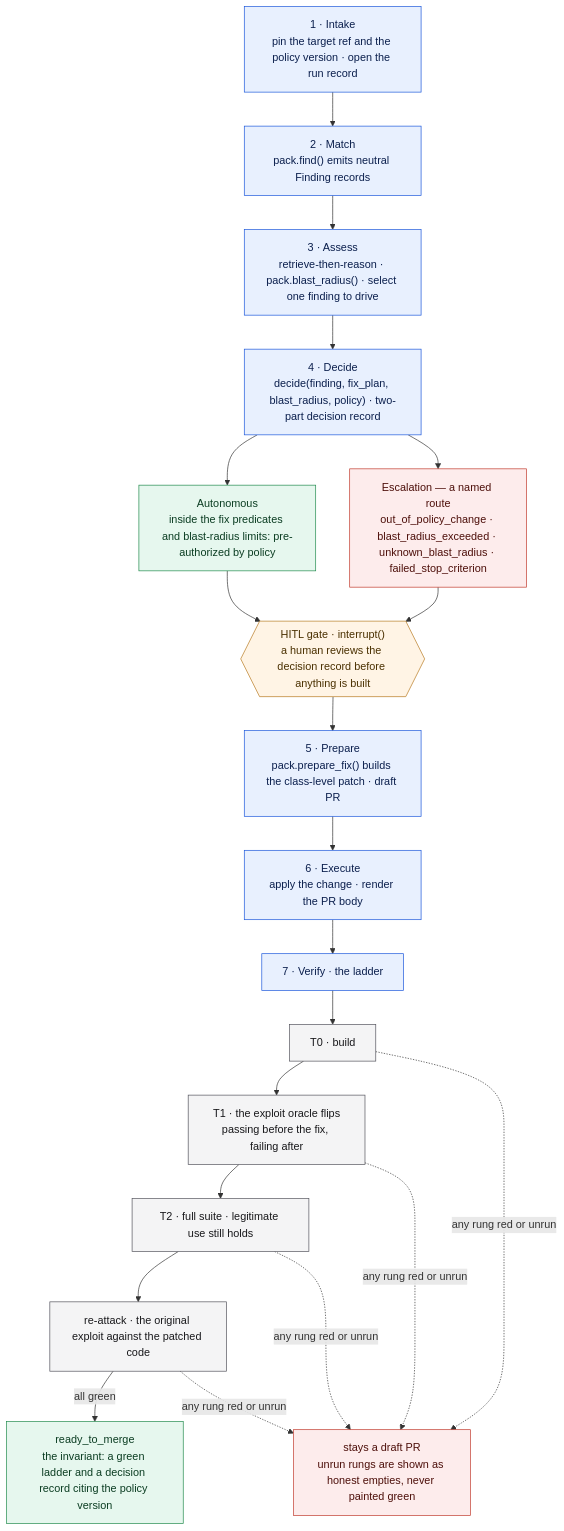
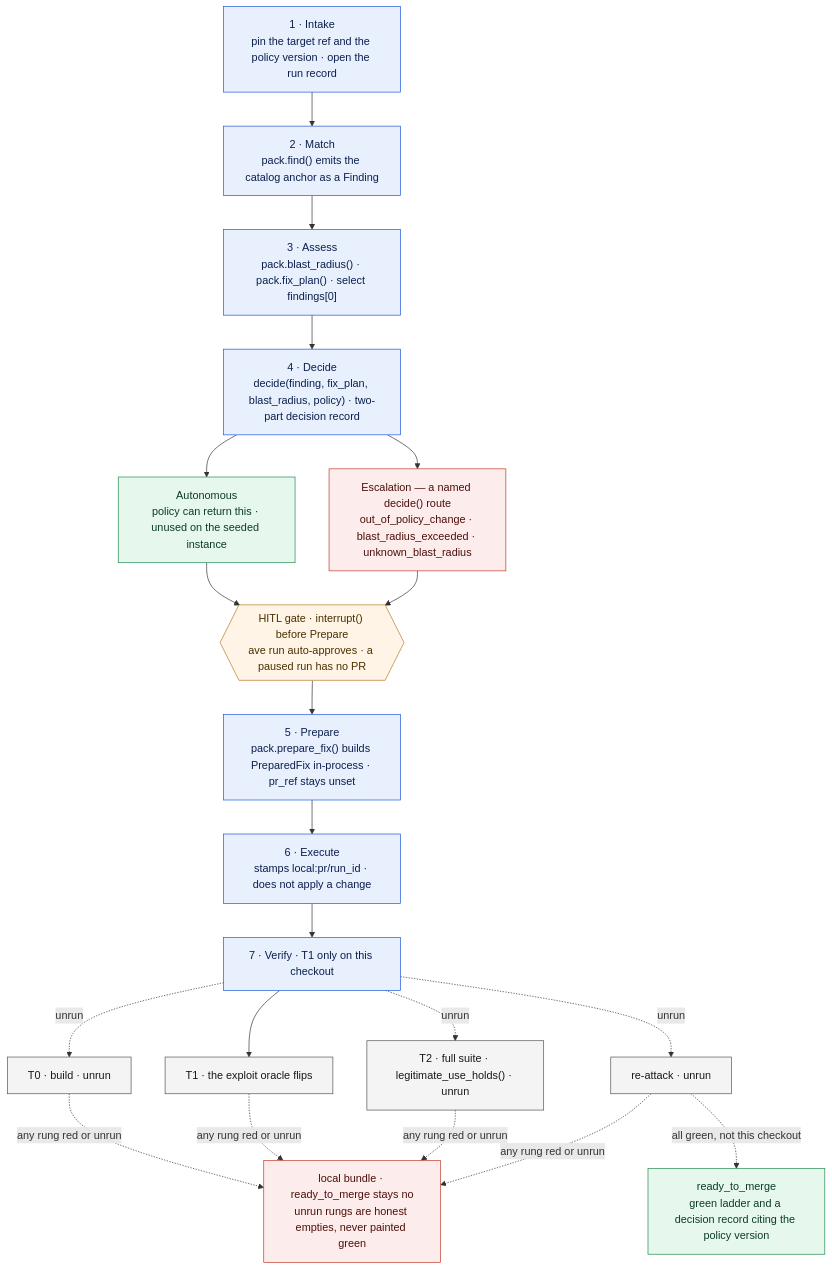
The second of 2 diagrams in README.md (luis-barragan-cybersecurity/agentic-vulnops), drawn with Mermaid before and after one commit. The commit also changed other lines of this file and 1 other file, not shown here.

Commit message:
docs(architecture): match diagrams to this checkout
Solid edges now match ave run, the HITL pytest node, and the generated PR
body. Unwired edges are dashed. The ticket-05 scoreboard, FastAPI drive,
and T0-T2 ladder stay claims, not this commit.

````diff
--- a/README.md
+++ b/README.md
@@ -175,33 +175,36 @@
 ```mermaid
 flowchart TB
   classDef phase fill:#e8f0fe,stroke:#1a56db,color:#0b1f4d
   classDef gate fill:#fff4e5,stroke:#b7791f,color:#4a3000
   classDef ok fill:#e6f7ee,stroke:#1f8a4c,color:#0b3d22
   classDef stop fill:#fdecec,stroke:#c0392b,color:#4d0f0a
   classDef rung fill:#f4f4f5,stroke:#52525b,color:#18181b
 
   IN["1 · Intake<br/>pin the target ref and the policy version · open the run record"]:::phase
-  MA["2 · Match<br/>pack.find() emits neutral Finding records"]:::phase
-  AS["3 · Assess<br/>retrieve-then-reason · pack.blast_radius() · select one finding to drive"]:::phase
+  MA["2 · Match<br/>pack.find() emits the catalog anchor as a Finding"]:::phase
+  AS["3 · Assess<br/>pack.blast_radius() · pack.fix_plan() · select findings[0]"]:::phase
   DE["4 · Decide<br/>decide(finding, fix_plan, blast_radius, policy) · two-part decision record"]:::phase
-  AUTO["Autonomous<br/>inside the fix predicates and blast-radius limits: pre-authorized by policy"]:::ok
-  ESC["Escalation — a named route<br/>out_of_policy_change · blast_radius_exceeded · unknown_blast_radius · failed_stop_criterion"]:::stop
-  GATE{{"HITL gate · interrupt()<br/>a human reviews the decision record before anything is built"}}:::gate
-  PP["5 · Prepare<br/>pack.prepare_fix() builds the class-level patch · draft PR"]:::phase
-  EX["6 · Execute<br/>apply the change · render the PR body"]:::phase
-  VE["7 · Verify · the ladder"]:::phase
-  T0["T0 · build"]:::rung
-  T1["T1 · the exploit oracle flips<br/>passing before the fix, failing after"]:::rung
-  T2["T2 · full suite · legitimate use still holds"]:::rung
-  RA["re-attack · the original exploit against the patched code"]:::rung
-  RTM["ready_to_merge<br/>the invariant: a green ladder and a decision record citing the policy version"]:::ok
-  DRAFT["stays a draft PR<br/>unrun rungs are shown as honest empties, never painted green"]:::stop
+  AUTO["Autonomous<br/>policy can return this · unused on the seeded instance"]:::ok
+  ESC["Escalation — a named decide() route<br/>out_of_policy_change · blast_radius_exceeded · unknown_blast_radius"]:::stop
+  GATE{{"HITL gate · interrupt() before Prepare<br/>ave run auto-approves · a paused run has no PR"}}:::gate
+  PP["5 · Prepare<br/>pack.prepare_fix() builds PreparedFix in-process · pr_ref stays unset"]:::phase
+  EX["6 · Execute<br/>stamps local:pr/run_id · does not apply a change"]:::phase
+  VE["7 · Verify · T1 only on this checkout"]:::phase
+  T0["T0 · build · unrun"]:::rung
+  T1["T1 · the exploit oracle flips"]:::rung
+  T2["T2 · full suite · legitimate_use_holds() · unrun"]:::rung
+  RA["re-attack · unrun"]:::rung
+  RTM["ready_to_merge<br/>green ladder and a decision record citing the policy version"]:::ok
+  DRAFT["local bundle · ready_to_merge stays no<br/>unrun rungs are honest empties, never painted green"]:::stop
 
   IN --> MA --> AS --> DE
   DE --> AUTO --> GATE
   DE --> ESC --> GATE
   GATE --> PP --> EX --> VE
-  VE --> T0 --> T1 --> T2 --> RA
-  RA -- "all green" --> RTM
+  VE --> T1
+  VE -. "unrun" .-> T0
+  VE -. "unrun" .-> T2
+  VE -. "unrun" .-> RA
   T0 & T1 & T2 & RA -. "any rung red or unrun" .-> DRAFT
+  RA -. "all green, not this checkout" .-> RTM
 ```
````
